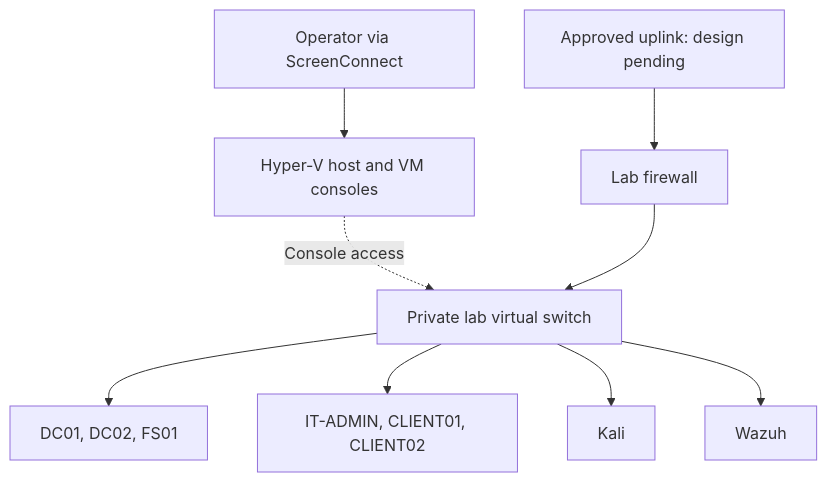
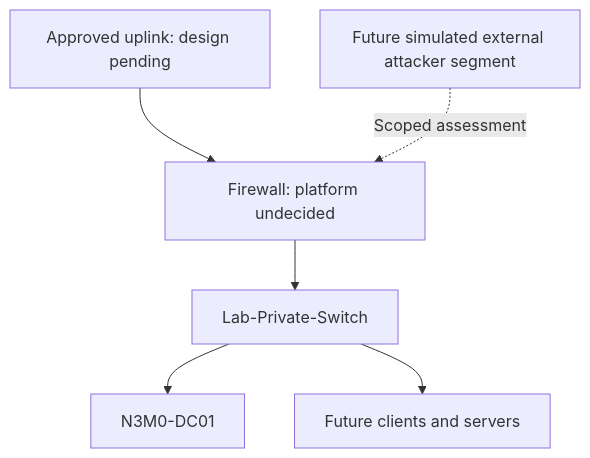
One commit to N3M0SYS/Active-Directory-Deployment-Lab changed the second of 2 diagrams in docs/architecture.md. Above: the diagram before and after it, drawn with Mermaid. The commit also changed other lines of this file and 7 other files, not shown here.

````diff
--- a/docs/architecture.md
+++ b/docs/architecture.md
@@ -9,11 +34,8 @@
 ```mermaid
 flowchart TD
-    Admin["Operator via ScreenConnect"] --> Host["Hyper-V host and VM consoles"]
-    Host -. "Console access" .-> Lab["Private lab virtual switch"]
-    Uplink["Approved uplink: design pending"] --> FW["Lab firewall"]
-    FW --> Lab
-    Lab --> AD["DC01, DC02, FS01"]
-    Lab --> Clients["IT-ADMIN, CLIENT01, CLIENT02"]
-    Lab --> Kali["Kali"]
-    Lab --> Monitor["Wazuh"]
+    Uplink["Approved uplink: design pending"] --> FW["Firewall: platform undecided"]
+    FW --> LAN["Lab-Private-Switch"]
+    LAN --> DC["N3M0-DC01"]
+    LAN --> Future["Future clients and servers"]
+    Attack["Future simulated external attacker segment"] -. "Scoped assessment" .-> FW
 ```
````
